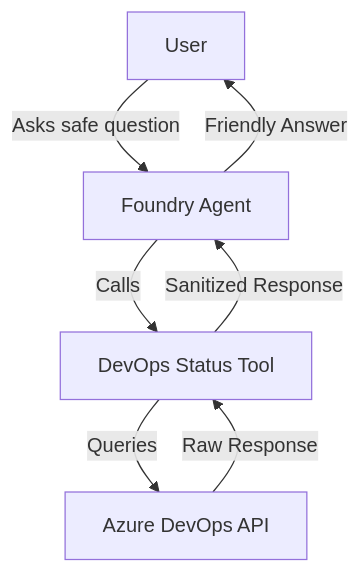
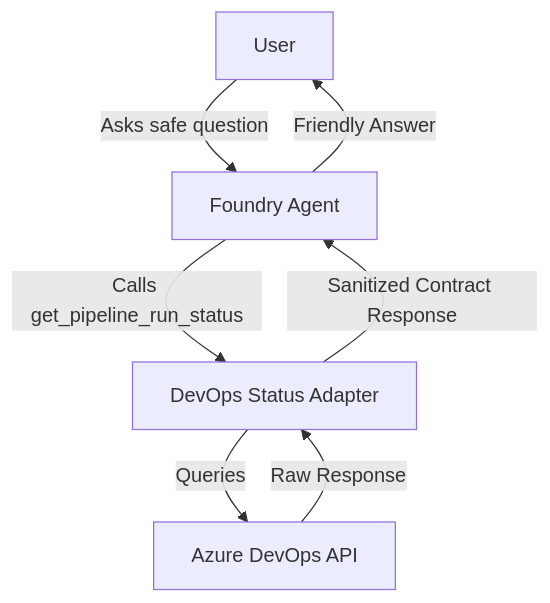
Before and after one commit to wildersa/azure_ref_kit: the first of 2 diagrams in solutions/foundry-devops-agent-basic/README.md, drawn with Mermaid. The commit also changed other lines of this file and 17 other files, not shown here.

First line of the commit message:
[AGENT-004] Foundry DevOps status agent solution (#271)

````diff
--- a/solutions/foundry-devops-agent-basic/README.md
+++ b/solutions/foundry-devops-agent-basic/README.md
@@ -16,9 +17,9 @@
 ```mermaid
 flowchart TD
     User[User] -->|Asks safe question| Agent[Foundry Agent]
-    Agent -->|Calls| Tool[DevOps Status Tool]
-    Tool -->|Queries| DevOps[Azure DevOps API]
-    DevOps -->|Raw Response| Tool
-    Tool -->|Sanitized Response| Agent
+    Agent -->|Calls get_pipeline_run_status| Adapter[DevOps Status Adapter]
+    Adapter -->|Queries| DevOps[Azure DevOps API]
+    DevOps -->|Raw Response| Adapter
+    Adapter -->|Sanitized Contract Response| Agent
     Agent -->|Friendly Answer| User
 ```
````
